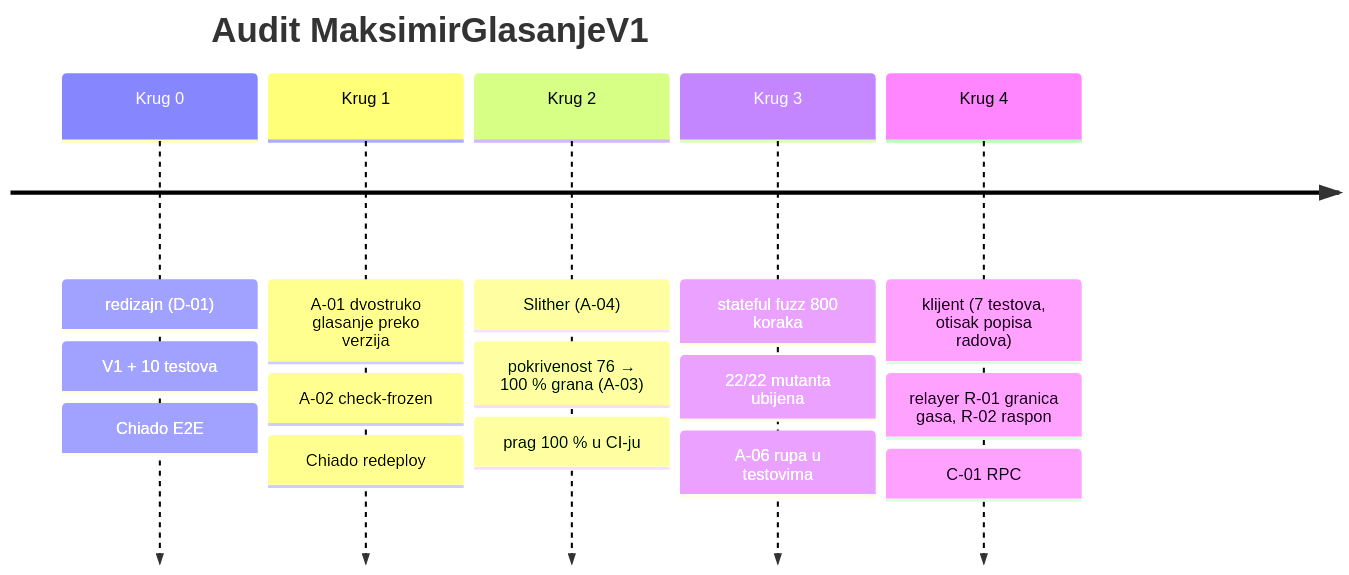
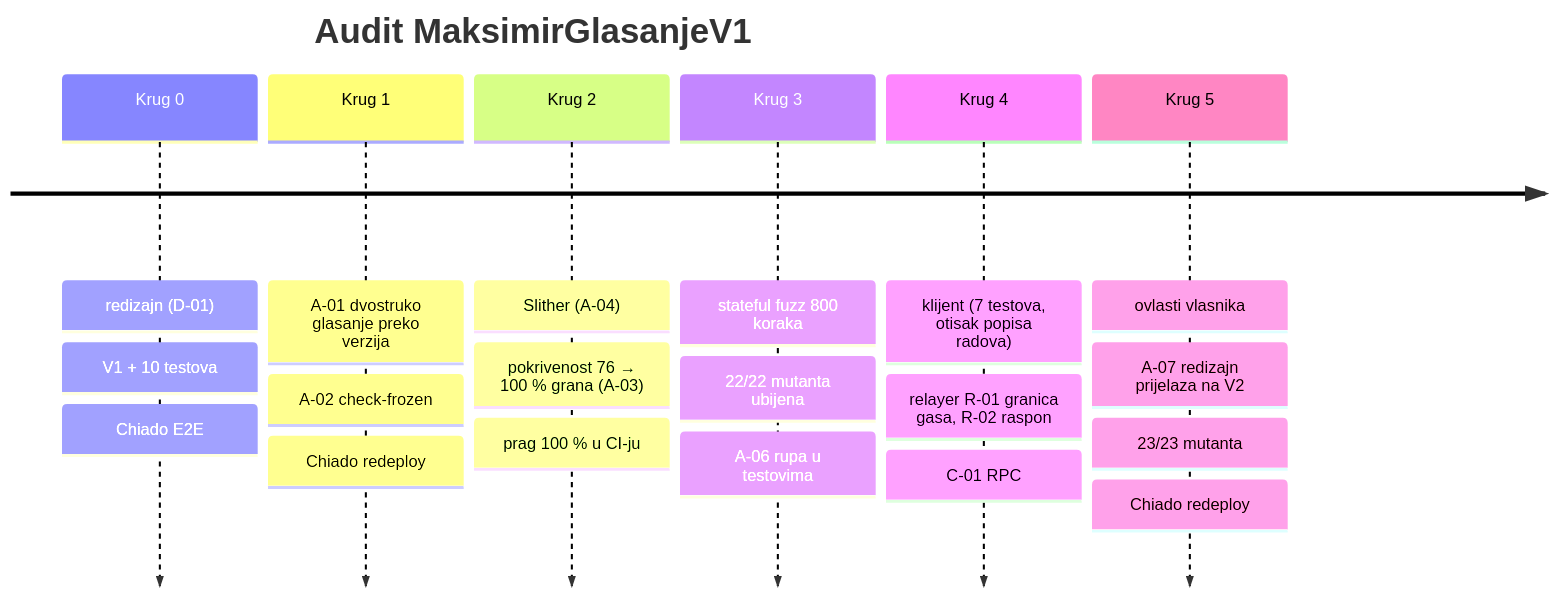
Before and after one commit to stepanic/stadion-maksimir-natjecaj-2026: the first of 2 diagrams in docs/blockchain/audit/krugovi.md, drawn with Mermaid. The commit also changed other lines of this file and 7 other files, not shown here.

First line of the commit message:
audit(glasanje): krug 5 — dokumentacija A-07, Chiado redeploy i E2E

````diff
--- a/docs/blockchain/audit/krugovi.md
+++ b/docs/blockchain/audit/krugovi.md
@@ -5,9 +5,10 @@
 ```mermaid
 timeline
   title Audit MaksimirGlasanjeV1
   Krug 0 : redizajn (D-01) : V1 + 10 testova : Chiado E2E
   Krug 1 : A-01 dvostruko glasanje preko verzija : A-02 check-frozen : Chiado redeploy
   Krug 2 : Slither (A-04) : pokrivenost 76 → 100 % grana (A-03) : prag 100 % u CI-ju
   Krug 3 : stateful fuzz 800 koraka : 22/22 mutanta ubijena : A-06 rupa u testovima
   Krug 4 : klijent (7 testova, otisak popisa radova) : relayer R-01 granica gasa, R-02 raspon : C-01 RPC
+  Krug 5 : ovlasti vlasnika : A-07 redizajn prijelaza na V2 : 23/23 mutanta : Chiado redeploy
 ```
````
